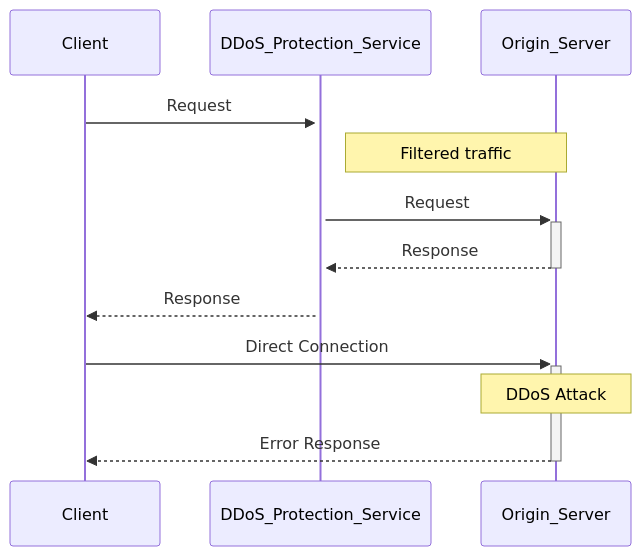
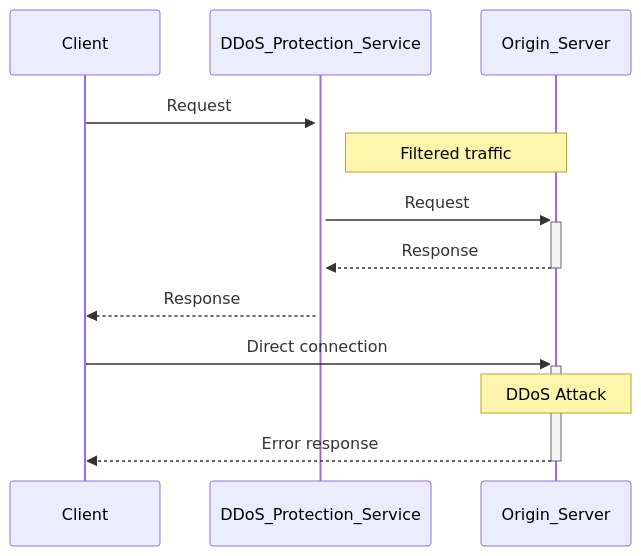
The fourth of 4 diagrams in content/learning-paths/modules/security/ddos-concepts/ddos-prevention.md (cloudflare/cloudflare-docs), drawn with Mermaid before and after one commit. The commit also changed 2 other files, not shown here.

Commit message:
Apply suggestions from code review

````diff
--- a/content/learning-paths/modules/security/ddos-concepts/ddos-prevention.md
+++ b/content/learning-paths/modules/security/ddos-concepts/ddos-prevention.md
@@ -65,16 +65,16 @@
 ```mermaid
 sequenceDiagram
   participant Client
   participant DDoS_Protection_Service
   participant Origin_Server
   
   Client->>+DDoS_Protection_Service: Request
   Note right of DDoS_Protection_Service: Filtered traffic
   DDoS_Protection_Service->>+Origin_Server: Request
   Origin_Server-->>-DDoS_Protection_Service: Response
   DDoS_Protection_Service-->>Client: Response
   
-  Client->>+Origin_Server: Direct Connection
+  Client->>+Origin_Server: Direct connection
   Note over Origin_Server: DDoS Attack
-  Origin_Server-->>-Client: Error Response
+  Origin_Server-->>-Client: Error response
 ```
````
